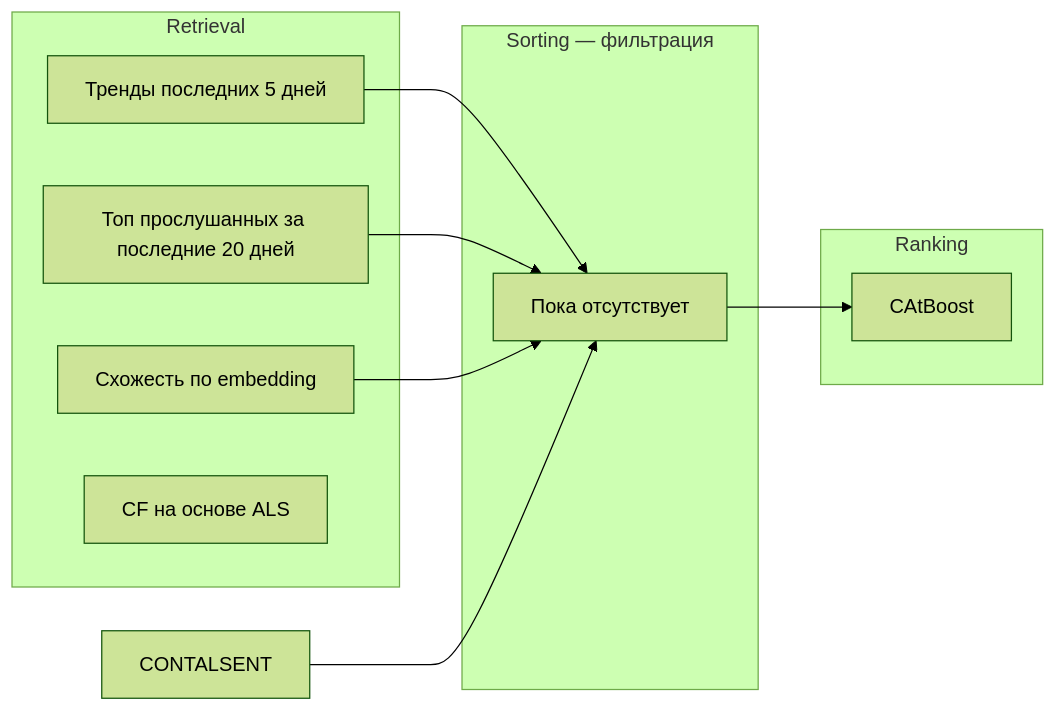
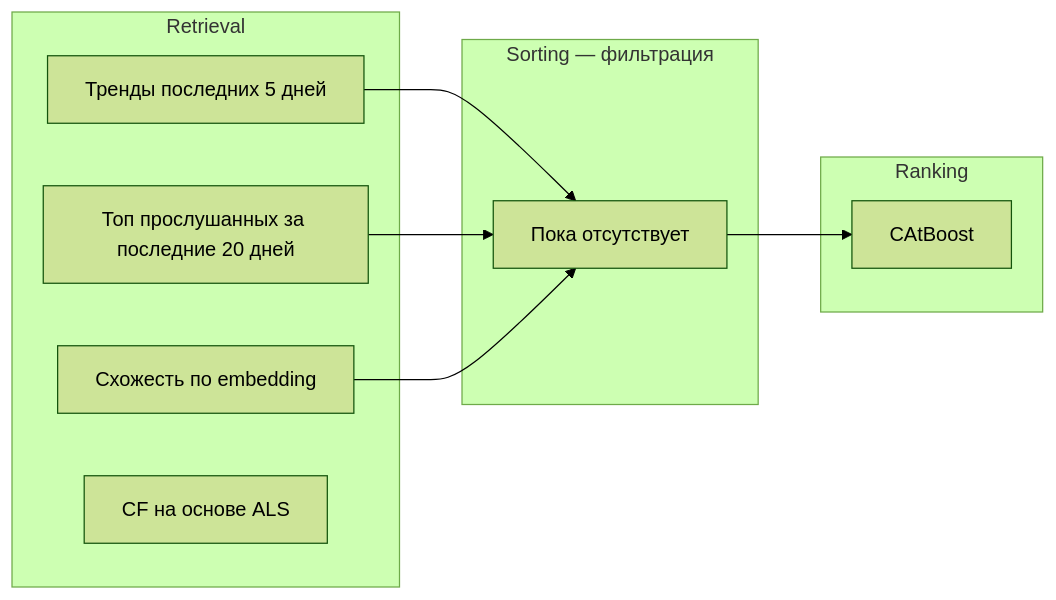
One commit to Nastasy822/music-recommendation-experiments changed the diagram in README.md. Above: the diagram before and after it, drawn with Mermaid (forest theme).

Commit message:
docs(С4): update diagram

````diff
--- a/README.md
+++ b/README.md
@@ -149,28 +149,27 @@
 ```mermaid
 flowchart LR
 
     %% === Блоки пайплайна ===
     subgraph RETRIEVAL ["Retrieval"]
         PopAll["Тренды последних 5 дней"]
         PopUser["Топ прослушанных за последние 20 дней"]
         SIM["Схожесть по embedding"]
         ALS["CF на основе ALS"]
     end
 
     subgraph SORTING ["Sorting — фильтрация"]
         FILTER["Пока отсутствует"]
     end
 
     subgraph RANKING ["Ranking"]
         RANK["CAtBoost"]
     end
 
     %% === Потоки данных ===
     PopAll --> FILTER
     PopUser --> FILTER
     SIM --> FILTER
-    CONTALSENT --> FILTER
 
     FILTER --> RANK
 
 ```
````
